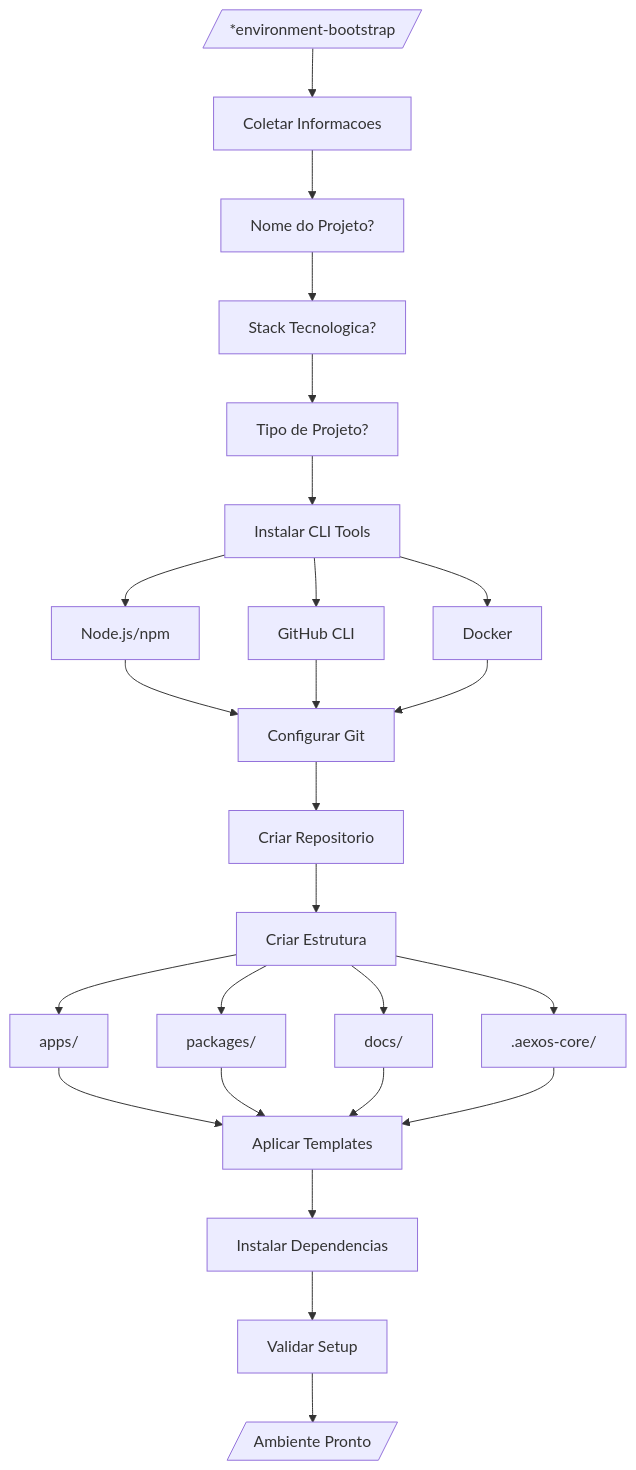
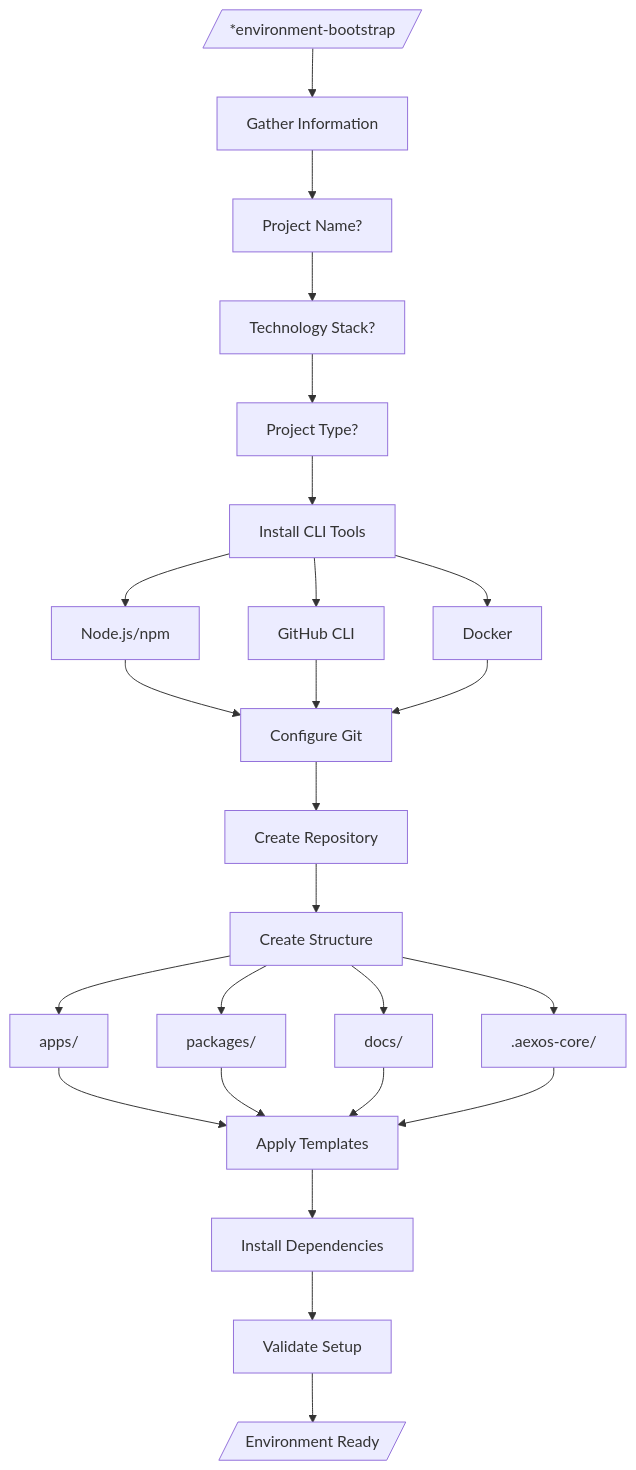
The sixth of 7 diagrams in docs/aexos-agent-flows/devops-system.md (CyryxLabs/AEXOS), drawn with Mermaid before and after one commit. The commit also changed other lines of this file and 528 other files, not shown here.

````diff
--- a/docs/aexos-agent-flows/devops-system.md
+++ b/docs/aexos-agent-flows/devops-system.md
@@ -235,27 +235,27 @@
 ```mermaid
 flowchart TD
-    START[/"*environment-bootstrap"/] --> ELICIT["Coletar Informacoes"]
+    START[/"*environment-bootstrap"/] --> ELICIT["Gather Information"]
 
-    ELICIT --> Q1["Nome do Projeto?"]
-    Q1 --> Q2["Stack Tecnologica?"]
-    Q2 --> Q3["Tipo de Projeto?"]
+    ELICIT --> Q1["Project Name?"]
+    Q1 --> Q2["Technology Stack?"]
+    Q2 --> Q3["Project Type?"]
 
-    Q3 --> INSTALL["Instalar CLI Tools"]
+    Q3 --> INSTALL["Install CLI Tools"]
     INSTALL --> CLI1["Node.js/npm"]
     INSTALL --> CLI2["GitHub CLI"]
     INSTALL --> CLI3["Docker"]
 
-    CLI1 & CLI2 & CLI3 --> GIT_SETUP["Configurar Git"]
-    GIT_SETUP --> REPO["Criar Repositorio"]
-    REPO --> STRUCTURE["Criar Estrutura"]
+    CLI1 & CLI2 & CLI3 --> GIT_SETUP["Configure Git"]
+    GIT_SETUP --> REPO["Create Repository"]
+    REPO --> STRUCTURE["Create Structure"]
 
     STRUCTURE --> DIR1["apps/"]
     STRUCTURE --> DIR2["packages/"]
     STRUCTURE --> DIR3["docs/"]
     STRUCTURE --> DIR4[".aexos-core/"]
 
-    DIR1 & DIR2 & DIR3 & DIR4 --> TEMPLATES["Aplicar Templates"]
-    TEMPLATES --> DEPS["Instalar Dependencias"]
-    DEPS --> VALIDATE["Validar Setup"]
-    VALIDATE --> END[/"Ambiente Pronto"/]
+    DIR1 & DIR2 & DIR3 & DIR4 --> TEMPLATES["Apply Templates"]
+    TEMPLATES --> DEPS["Install Dependencies"]
+    DEPS --> VALIDATE["Validate Setup"]
+    VALIDATE --> END[/"Environment Ready"/]
 ```
````
